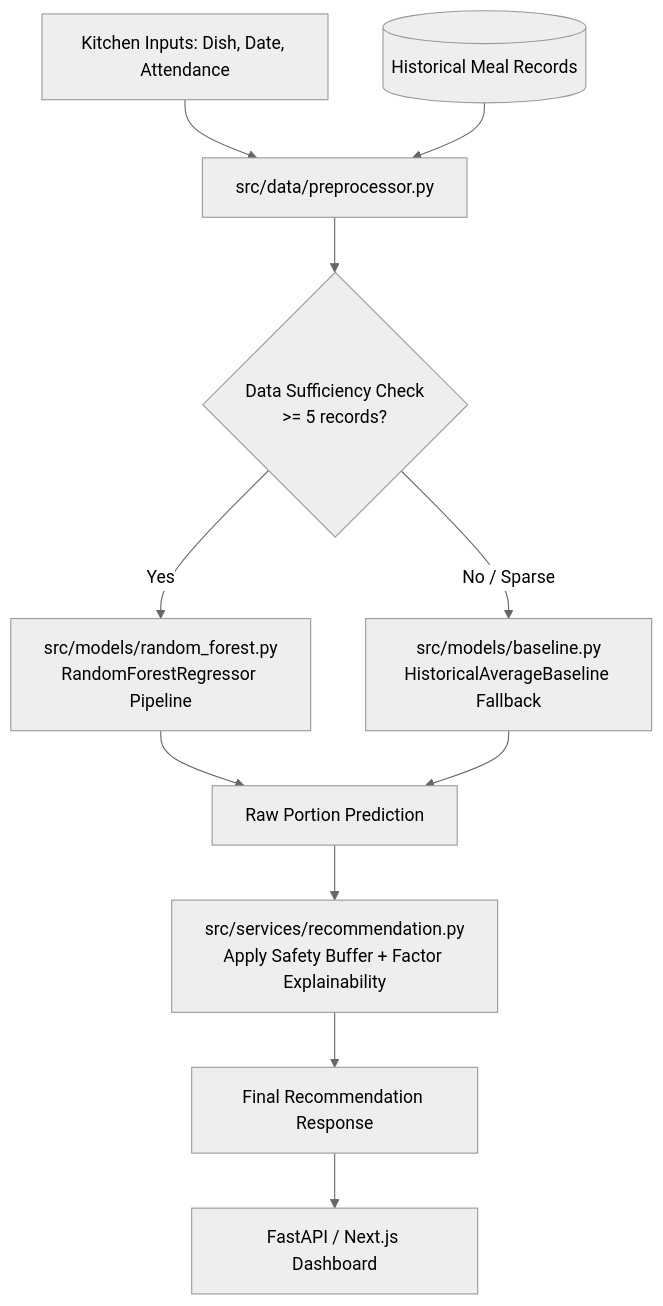
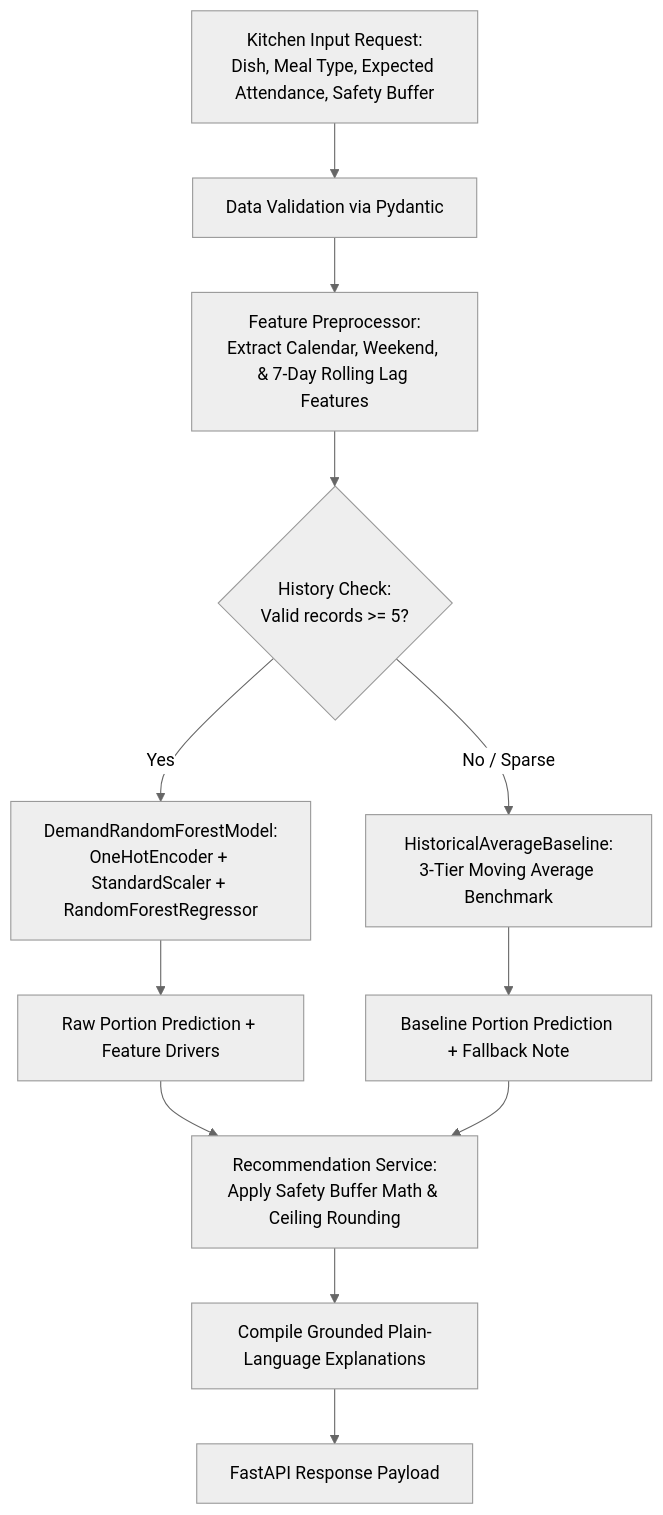
Before and after one commit to nidheeshfc7-cloud/MealRelay: the diagram in backend/README.md, drawn with Mermaid (neutral theme). The commit also changed other lines of this file and 1 other file, not shown here.

````diff
--- a/backend/README.md
+++ b/backend/README.md
@@ -75,17 +239,19 @@
 ```mermaid
 flowchart TD
-    A[Kitchen Inputs: Dish, Date, Attendance] --> B[src/data/preprocessor.py]
-    HistoricalRecords[(Historical Meal Records)] --> B
+    A[Kitchen Input Request:\nDish, Meal Type, Expected Attendance, Safety Buffer] --> B[Data Validation via Pydantic]
+    B --> C[Feature Preprocessor:\nExtract Calendar, Weekend, & 7-Day Rolling Lag Features]
     
-    B --> C{Data Sufficiency Check\n>= 5 records?}
+    C --> D{History Check:\nValid records >= 5?}
     
-    C -- Yes --> D[src/models/random_forest.py\nRandomForestRegressor Pipeline]
-    C -- No / Sparse --> E[src/models/baseline.py\nHistoricalAverageBaseline Fallback]
+    D -- Yes --> E[DemandRandomForestModel:\nOneHotEncoder + StandardScaler + RandomForestRegressor]
+    D -- No / Sparse --> F[HistoricalAverageBaseline:\n3-Tier Moving Average Benchmark]
     
-    D --> F[Raw Portion Prediction]
-    E --> F
+    E --> G[Raw Portion Prediction + Feature Drivers]
+    F --> H[Baseline Portion Prediction + Fallback Note]
     
-    F --> G[src/services/recommendation.py\nApply Safety Buffer + Factor Explainability]
-    G --> H[Final Recommendation Response]
-    H --> I[FastAPI / Next.js Dashboard]
+    G --> I[Recommendation Service:\nApply Safety Buffer Math & Ceiling Rounding]
+    H --> I
+    
+    I --> J[Compile Grounded Plain-Language Explanations]
+    J --> K[FastAPI Response Payload]
 ```
````
